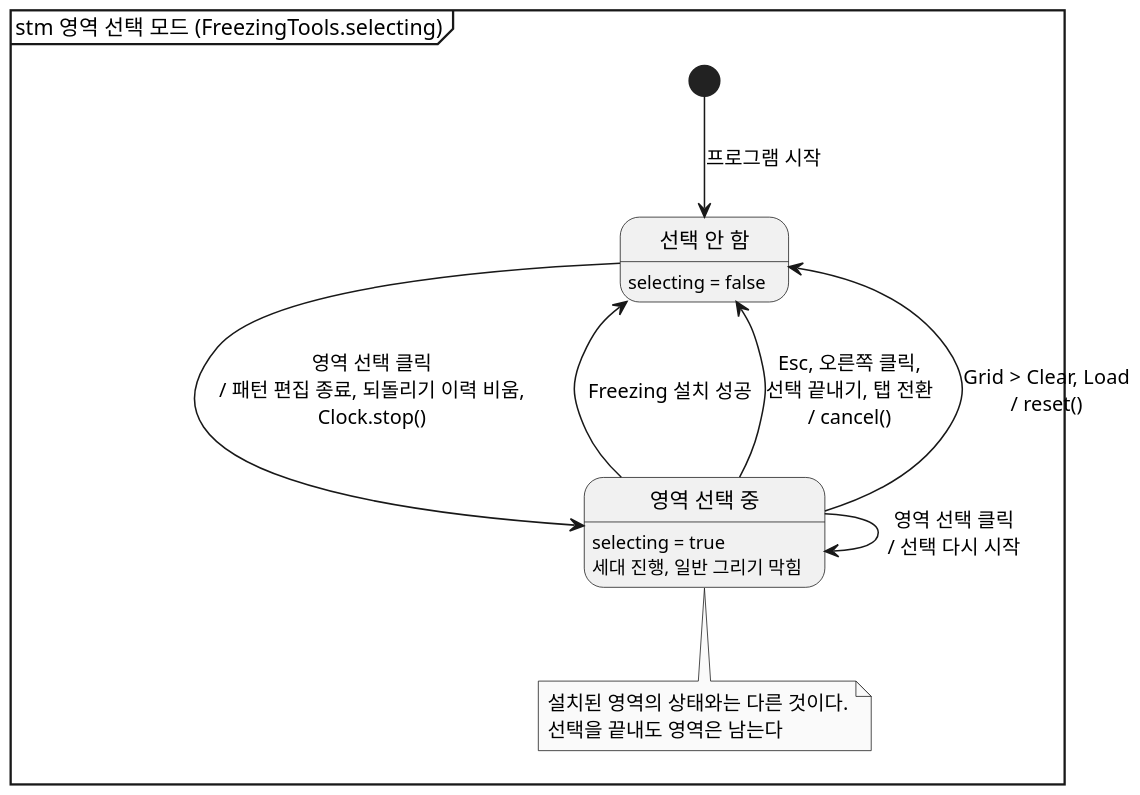
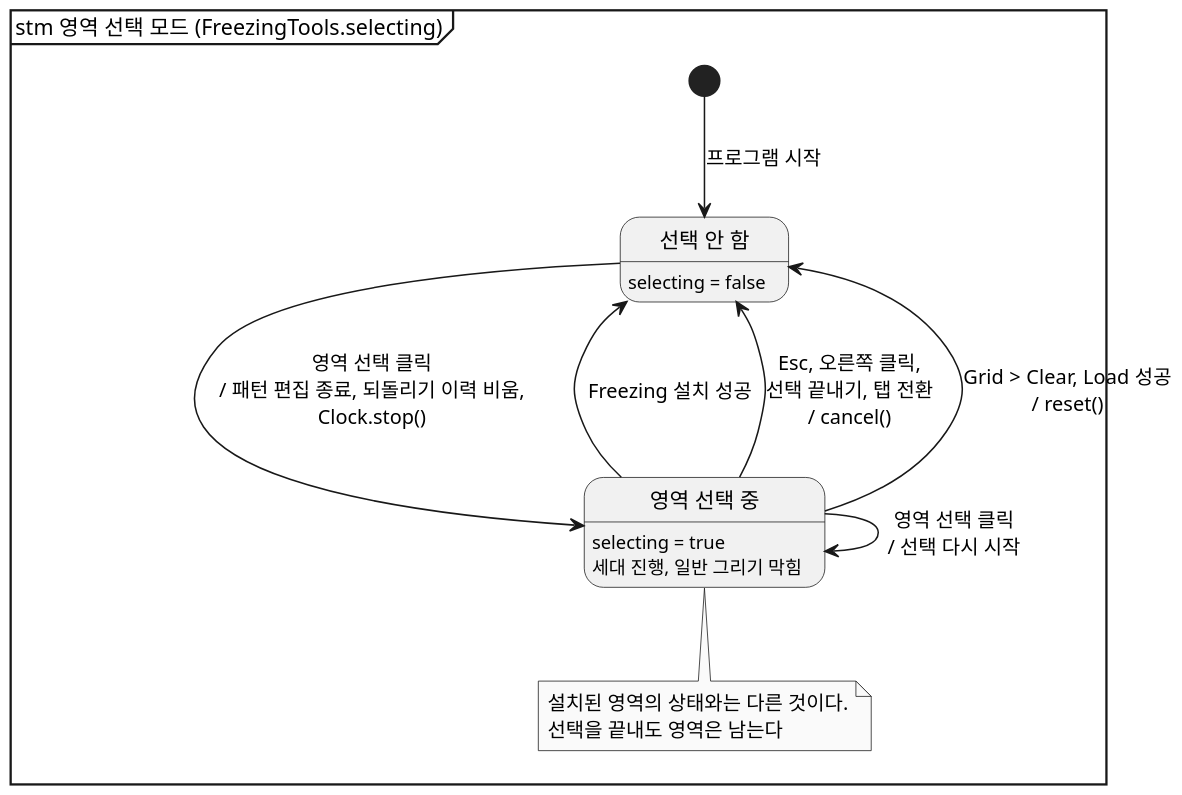
One commit to mckimR1972/DP_team_project changed the diagram in docs/freezing/diagram/state-selection.puml. Above: the diagram before and after it, drawn with PlantUML. The commit also changed 9 other files, not shown here.

First line of the commit message:
docs: Freezing 다이어그램 2차 검토 반영

```diff
--- a/docs/freezing/diagram/state-selection.puml
+++ b/docs/freezing/diagram/state-selection.puml
@@ -1,28 +1,28 @@
 @startuml state-selection
 skinparam monochrome true
 skinparam dpi 150
 skinparam shadowing false
 skinparam defaultFontName "Malgun Gothic"
 hide empty description
 mainframe stm 영역 선택 모드 (FreezingTools.selecting)
 
 state "선택 안 함" as Idle
 Idle : selecting = false
 
 state "영역 선택 중" as Selecting
 Selecting : selecting = true
 Selecting : 세대 진행, 일반 그리기 막힘
 
 [*] --> Idle : 프로그램 시작
 
 Idle --> Selecting : 영역 선택 클릭\n/ 패턴 편집 종료, 되돌리기 이력 비움,\nClock.stop()
 Selecting --> Selecting : 영역 선택 클릭\n/ 선택 다시 시작
 Selecting --> Idle : Freezing 설치 성공
 Selecting --> Idle : Esc, 오른쪽 클릭,\n선택 끝내기, 탭 전환\n/ cancel()
-Selecting --> Idle : Grid > Clear, Load\n/ reset()
+Selecting --> Idle : Grid > Clear, Load 성공\n/ reset()
 
 note bottom of Selecting
   설치된 영역의 상태와는 다른 것이다.
   선택을 끝내도 영역은 남는다
 end note
 @enduml
```
